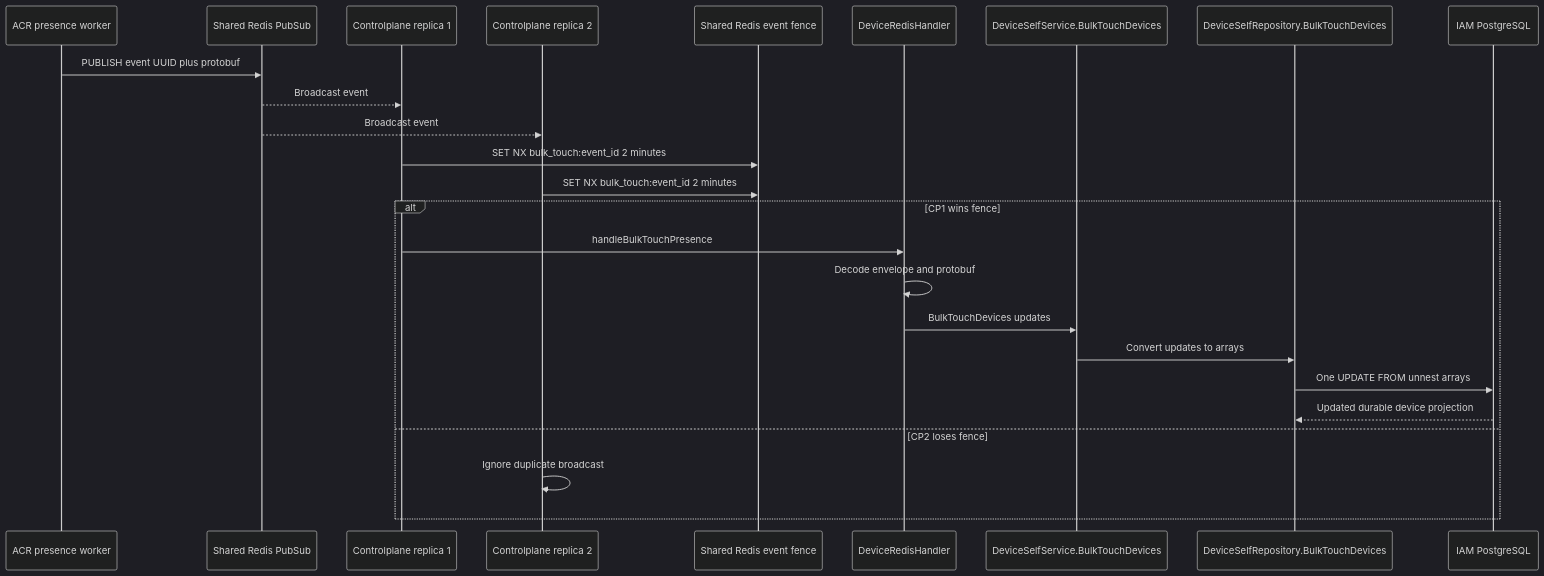
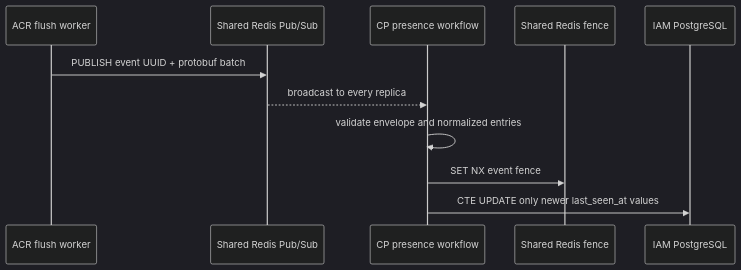
One commit to phucle996/aurora changed the diagram in god_view/iam/device_presence_projection_god_view_workflow.md. Above: the diagram before and after it, drawn with Mermaid (dark theme). The commit also changed other lines of this file and 14 other files, not shown here.

Commit message:
fix(acr): reclaim device revocations and emit eviction streams directly

````diff
--- a/god_view/iam/device_presence_projection_god_view_workflow.md
+++ b/god_view/iam/device_presence_projection_god_view_workflow.md
@@ -170,28 +42,14 @@
 ```mermaid
 sequenceDiagram
-    participant ACR as ACR presence worker
-    participant Shared as Shared Redis PubSub
-    participant CP1 as Controlplane replica 1
-    participant CP2 as Controlplane replica 2
-    participant Fence as Shared Redis event fence
-    participant Handler as DeviceRedisHandler
-    participant Service as DeviceSelfService.BulkTouchDevices
-    participant Repo as DeviceSelfRepository.BulkTouchDevices
+    participant ACR as ACR flush worker
+    participant Shared as Shared Redis Pub/Sub
+    participant CP as CP presence workflow
+    participant Fence as Shared Redis fence
     participant PG as IAM PostgreSQL
 
-    ACR->>Shared: PUBLISH event UUID plus protobuf
-    Shared-->>CP1: Broadcast event
-    Shared-->>CP2: Broadcast event
-    CP1->>Fence: SET NX bulk_touch:event_id 2 minutes
-    CP2->>Fence: SET NX bulk_touch:event_id 2 minutes
-    alt CP1 wins fence
-        CP1->>Handler: handleBulkTouchPresence
-        Handler->>Handler: Decode envelope and protobuf
-        Handler->>Service: BulkTouchDevices updates
-        Service->>Repo: Convert updates to arrays
-        Repo->>PG: One UPDATE FROM unnest arrays
-        PG-->>Repo: Updated durable device projection
-    else CP2 loses fence
-        CP2->>CP2: Ignore duplicate broadcast
-    end
+    ACR->>Shared: PUBLISH event UUID + protobuf batch
+    Shared-->>CP: broadcast to every replica
+    CP->>CP: validate envelope and normalized entries
+    CP->>Fence: SET NX event fence
+    CP->>PG: CTE UPDATE only newer last_seen_at values
 ```
````
